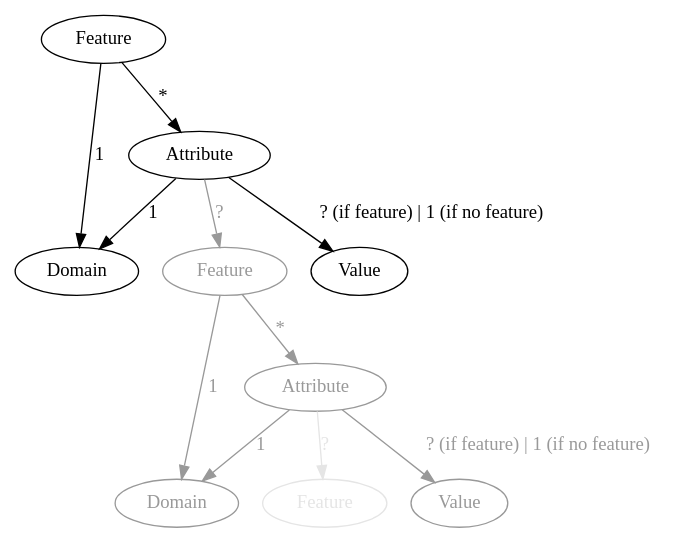
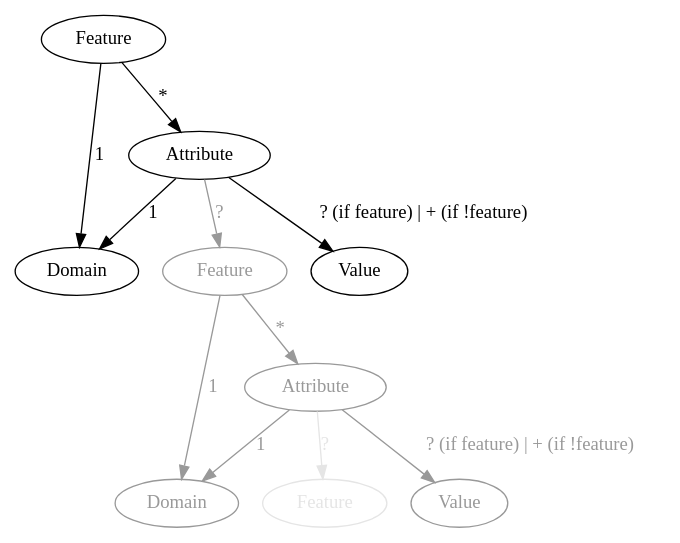
Before and after one commit to geoneric/fern: the first of 2 diagrams in Documents/Texts/DataModel/DataModel.rst, drawn with Graphviz. The commit also changed 15 other files, not shown here.

```diff
--- a/Documents/Texts/DataModel/DataModel.rst
+++ b/Documents/Texts/DataModel/DataModel.rst
@@ -5,53 +5,53 @@
 .. graphviz::
 
    digraph DataModel {
      feature1[
        label="Feature"
      ]
      feature2[
        label="Feature",
        color="grey60",
        fontcolor="grey60"
      ]
      feature3[
        label="Feature"
        color="grey90",
        fontcolor="grey90"
      ]
      domain1[
        label="Domain"
      ]
      domain2[
        label="Domain"
        color="grey60",
        fontcolor="grey60"
      ]
      attribute1[
        label="Attribute"
      ]
      attribute2[
        label="Attribute"
        color="grey60",
        fontcolor="grey60"
      ]
      value1[
        label="Value"
      ]
      value2[
        label="Value"
        color="grey60",
        fontcolor="grey60"
      ]
 
      feature1 -> domain1 [label="1"];
      feature1 -> attribute1 [label="*"];
      attribute1 -> domain1 [label="1"];
      attribute1 -> feature2 [label="?", color="grey60", fontcolor="grey60"];
-     attribute1 -> value1 [label="? (if feature) | 1 (if no feature)"];
+     attribute1 -> value1 [label="? (if feature) | + (if !feature)"];
 
      feature2 -> domain2 [label="1", color="grey60", fontcolor="grey60"];
      feature2 -> attribute2 [label="*", color="grey60", fontcolor="grey60"];
      attribute2 -> domain2 [label="1", color="grey60", fontcolor="grey60"];
      attribute2 -> feature3 [label="?", color="grey90", fontcolor="grey90"];
-     attribute2 -> value2 [label="? (if feature) | 1 (if no feature)", color="grey60", fontcolor="grey60"];
+     attribute2 -> value2 [label="? (if feature) | + (if !feature)", color="grey60", fontcolor="grey60"];
   }
```
